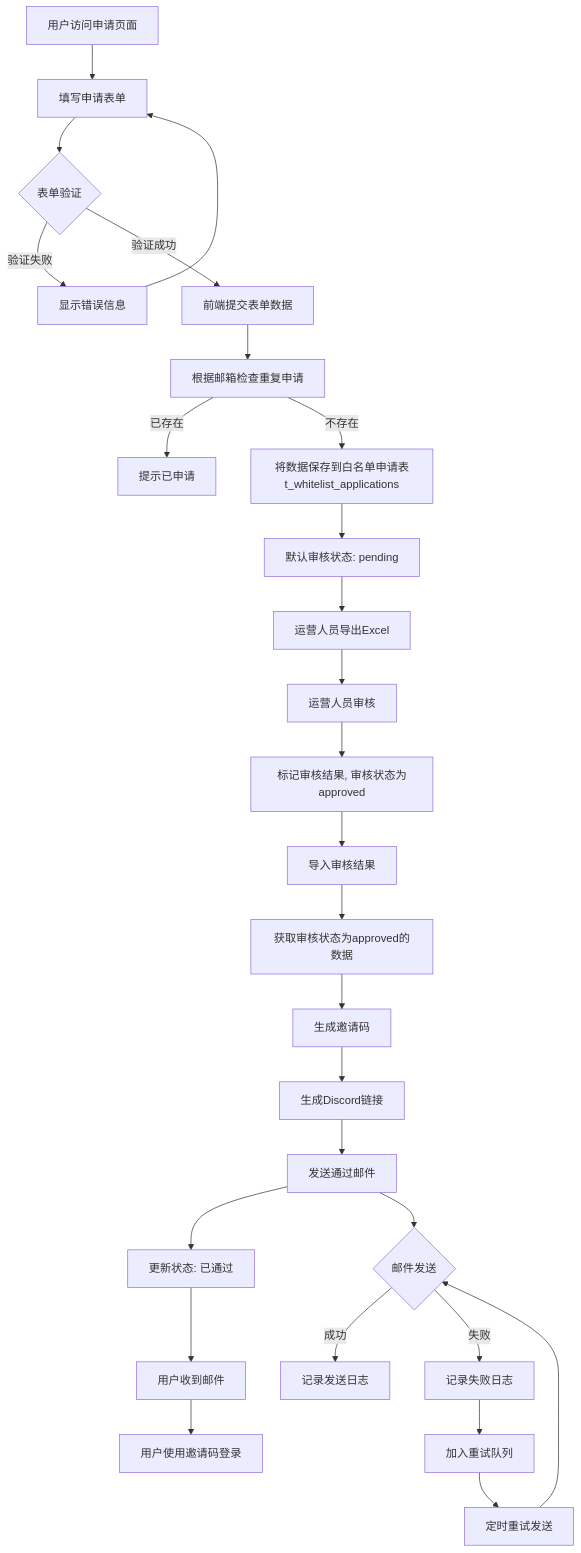
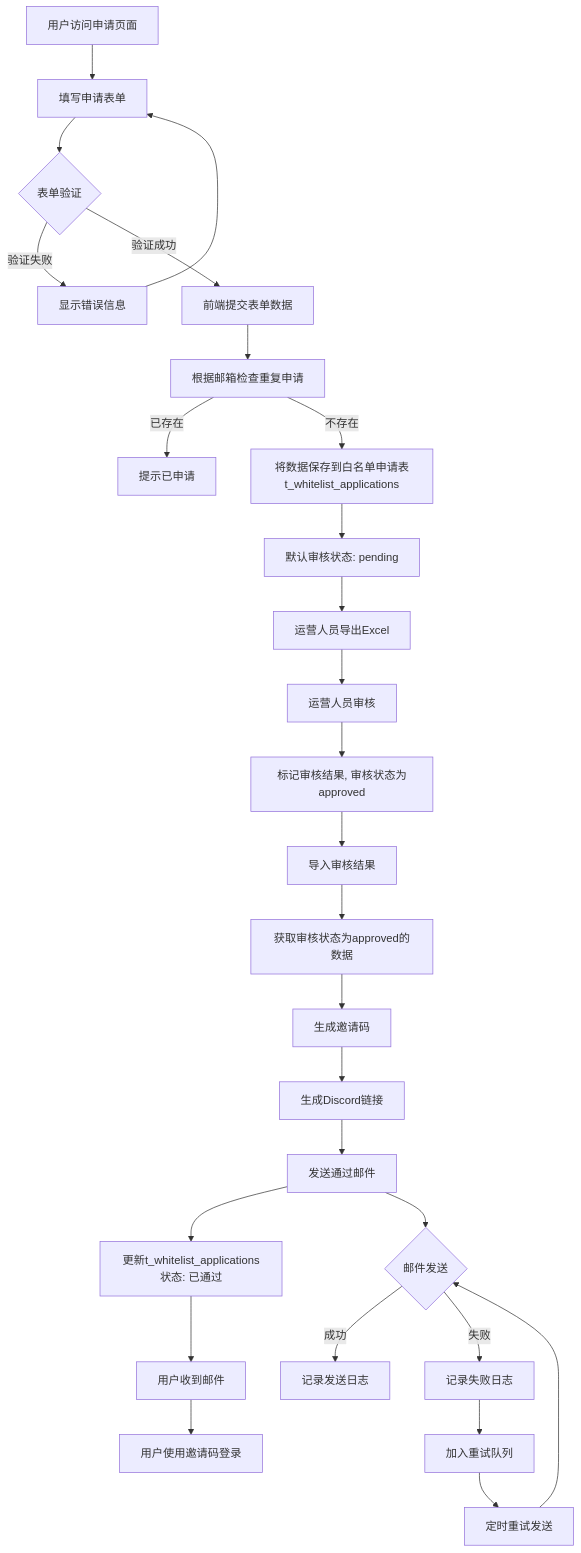
Before and after one commit to yingjianzh/iodraw-files: the diagram in all/未命名-69.md, drawn with Mermaid.

Commit message:
2025-07-03 10:32:38 update

````diff
--- a/all/未命名-69.md
+++ b/all/未命名-69.md
@@ -1,32 +1,32 @@
 ```mermaid
 flowchart TD
     A[用户访问申请页面] --> B[填写申请表单]
     B --> C{表单验证}
     C -->|验证失败| D[显示错误信息]
     D --> B
     C -->|验证成功| E[前端提交表单数据]
     E -->E1[根据邮箱检查重复申请]
     E1 -->|已存在| F[提示已申请]
     E1 -->|不存在| G[将数据保存到白名单申请表t_whitelist_applications]
     G --> H[默认审核状态: pending]
     
     H --> I[运营人员导出Excel]
     I --> J[运营人员审核]
     J --> K[标记审核结果, 审核状态为approved]
     K --> L[导入审核结果]
     L --> M[获取审核状态为approved的数据]
     M --> N[生成邀请码]
     N --> O[生成Discord链接]
     O --> P[发送通过邮件]
-    P --> Q[更新状态: 已通过]
+    P --> Q[更新t_whitelist_applications状态: 已通过]
     
     P --> T{邮件发送}
     T -->|成功| U[记录发送日志]
     T -->|失败| V[记录失败日志]
     V --> W[加入重试队列]
     W --> X[定时重试发送]
     X --> T
     
     Q --> Y[用户收到邮件]
     Y --> Z[用户使用邀请码登录]
 ```
````
